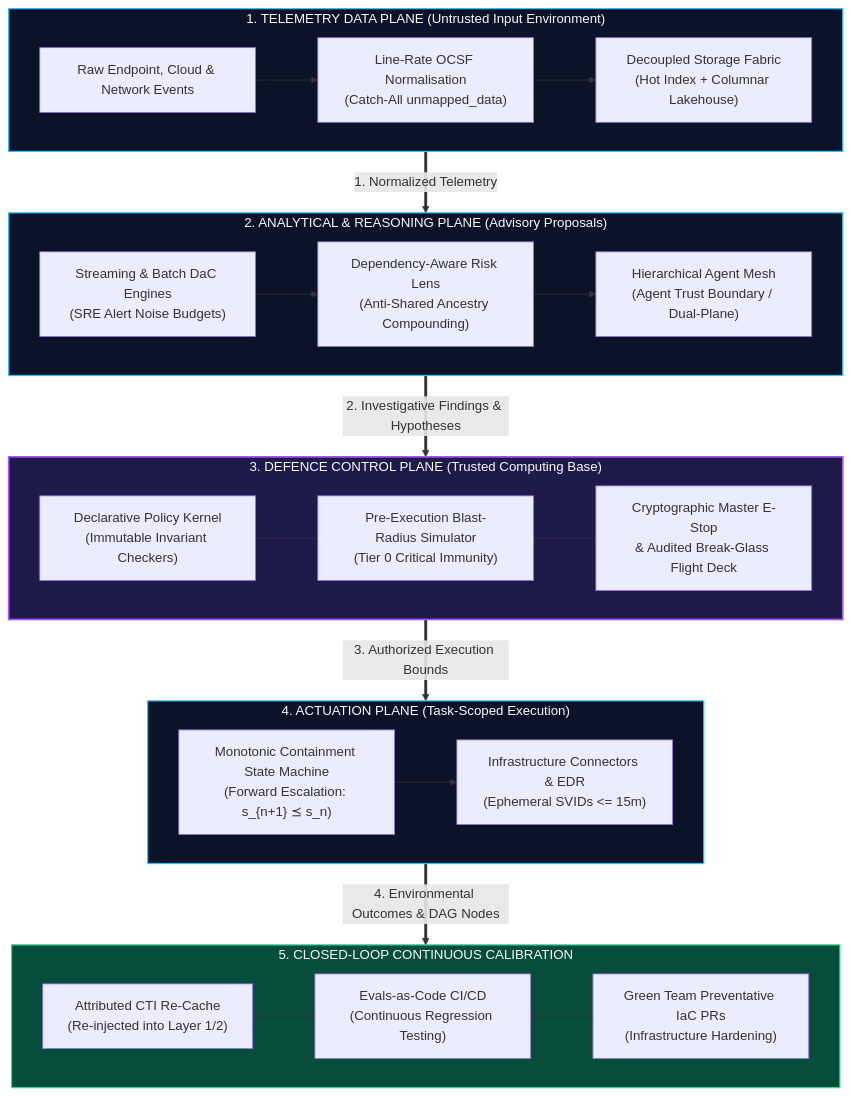
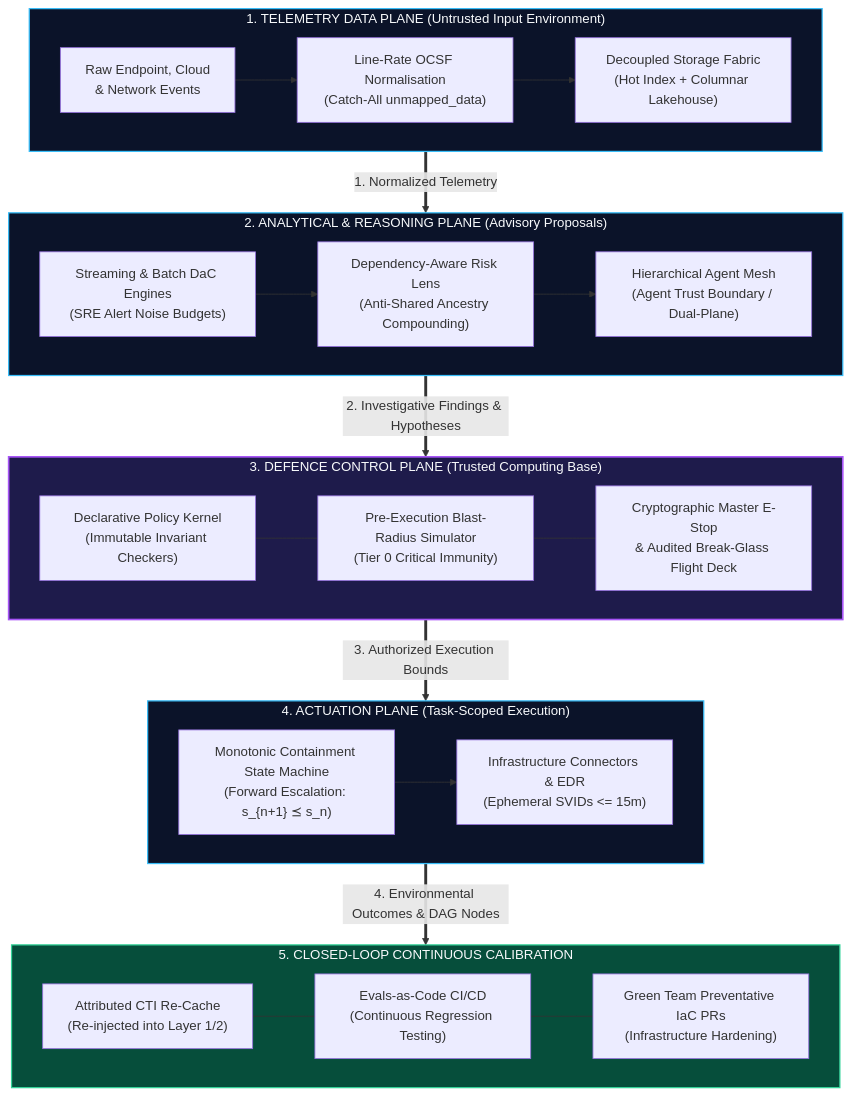
The first of 2 diagrams in docs/index.md (Haribu/TIDIR), drawn with Mermaid before and after one commit. The commit also changed 16 other files, not shown here.

Commit message:
fix(diagrams): resolve text clipping and add standalone SVG/PNG export to inspector

````diff
--- a/docs/index.md
+++ b/docs/index.md
@@ -59,44 +59,44 @@
 ```mermaid
 flowchart TB
     %% Styling Classes
     classDef plane fill:#0b1329,stroke:#38bdf8,stroke-width:1.5px,color:#f8fafc;
     classDef kernel fill:#1e1b4b,stroke:#a855f7,stroke-width:2px,color:#f8fafc;
     classDef feedback fill:#064e3b,stroke:#34d399,stroke-width:1.5px,color:#f8fafc;
 
     subgraph DP ["1. TELEMETRY DATA PLANE (Untrusted Input Environment)"]
         direction LR
-        P1_RAW["Raw Endpoint, Cloud & Network Events"] --> P1_NORM["Line-Rate OCSF Normalisation\n(Catch-All unmapped_data)"]
+        P1_RAW["Raw Endpoint, Cloud\n& Network Events"] --> P1_NORM["Line-Rate OCSF Normalisation\n(Catch-All unmapped_data)"]
         P1_NORM --> P1_LAKE["Decoupled Storage Fabric\n(Hot Index + Columnar Lakehouse)"]
     end
 
     subgraph AP ["2. ANALYTICAL & REASONING PLANE (Advisory Proposals)"]
         direction LR
         P2_DET["Streaming & Batch DaC Engines\n(SRE Alert Noise Budgets)"] --> P2_BAYES["Dependency-Aware Risk Lens\n(Anti-Shared Ancestry Compounding)"]
         P2_BAYES --> P2_AGENT["Hierarchical Agent Mesh\n(Agent Trust Boundary / Dual-Plane)"]
     end
 
     subgraph DCP ["3. DEFENCE CONTROL PLANE (Trusted Computing Base)"]
         direction LR
         P3_POL["Declarative Policy Kernel\n(Immutable Invariant Checkers)"] --- P3_SIM["Pre-Execution Blast-Radius Simulator\n(Tier 0 Critical Immunity)"]
         P3_SIM --- P3_ESTOP["Cryptographic Master E-Stop\n& Audited Break-Glass Flight Deck"]
     end
 
     subgraph ACT ["4. ACTUATION PLANE (Task-Scoped Execution)"]
         direction LR
         P4_SAGA["Monotonic Containment State Machine\n(Forward Escalation: s_{n+1} ⪯ s_n)"] --> P4_EXEC["Infrastructure Connectors & EDR\n(Ephemeral SVIDs <= 15m)"]
     end
 
     subgraph FB ["5. CLOSED-LOOP CONTINUOUS CALIBRATION"]
         direction LR
         FB_FEED["Attributed CTI Re-Cache\n(Re-injected into Layer 1/2)"] --- FB_EVAL["Evals-as-Code CI/CD\n(Continuous Regression Testing)"] --- FB_GREEN["Green Team Preventative IaC PRs\n(Infrastructure Hardening)"]
     end
 
     DP ==>|1. Normalized Telemetry| AP
     AP ==>|2. Investigative Findings & Hypotheses| DCP
     DCP ==>|3. Authorized Execution Bounds| ACT
     ACT ==>|4. Environmental Outcomes & DAG Nodes| FB
 
     class DP,AP,ACT plane;
     class DCP kernel;
     class FB feedback;
 ```
````
